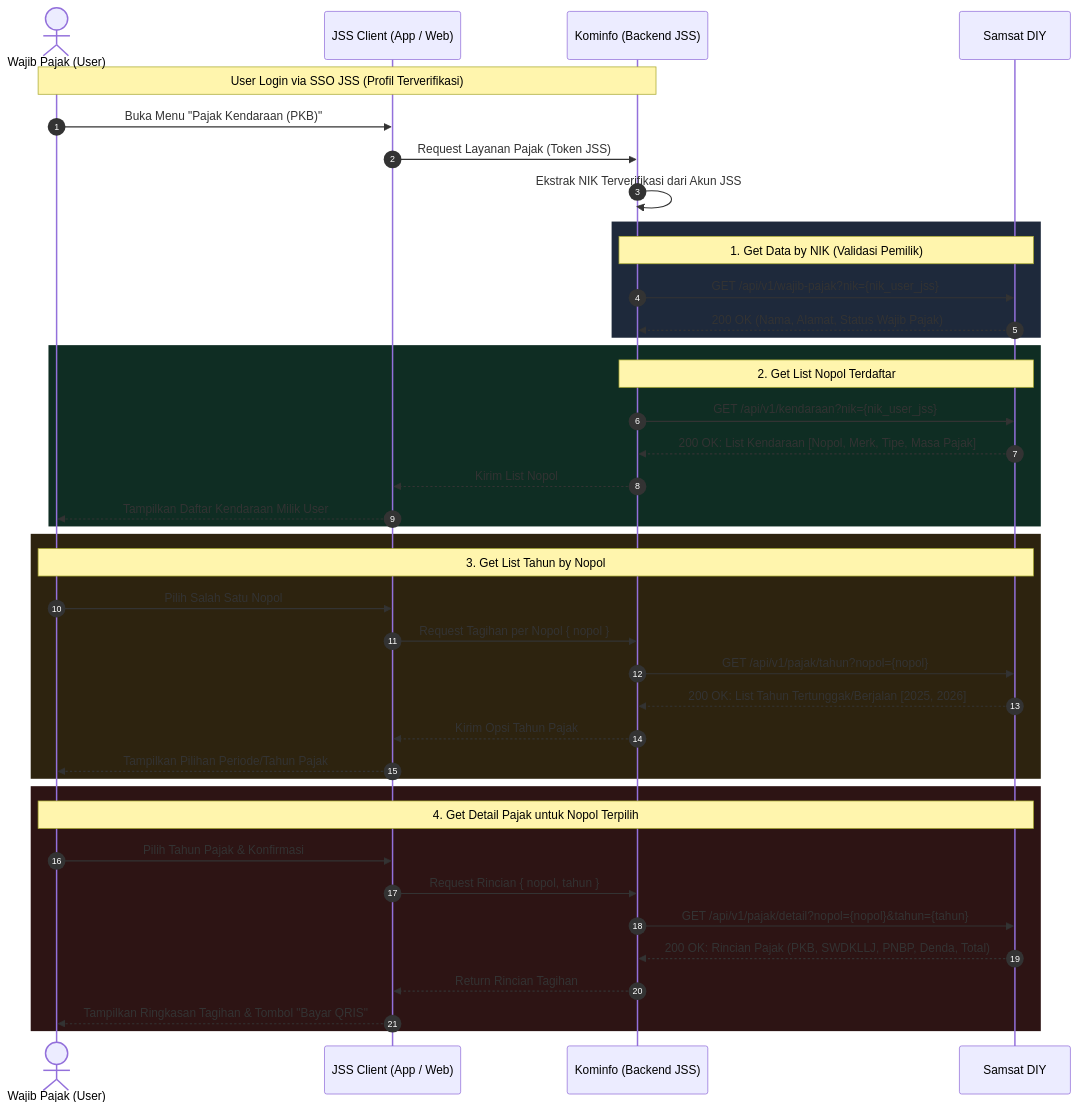
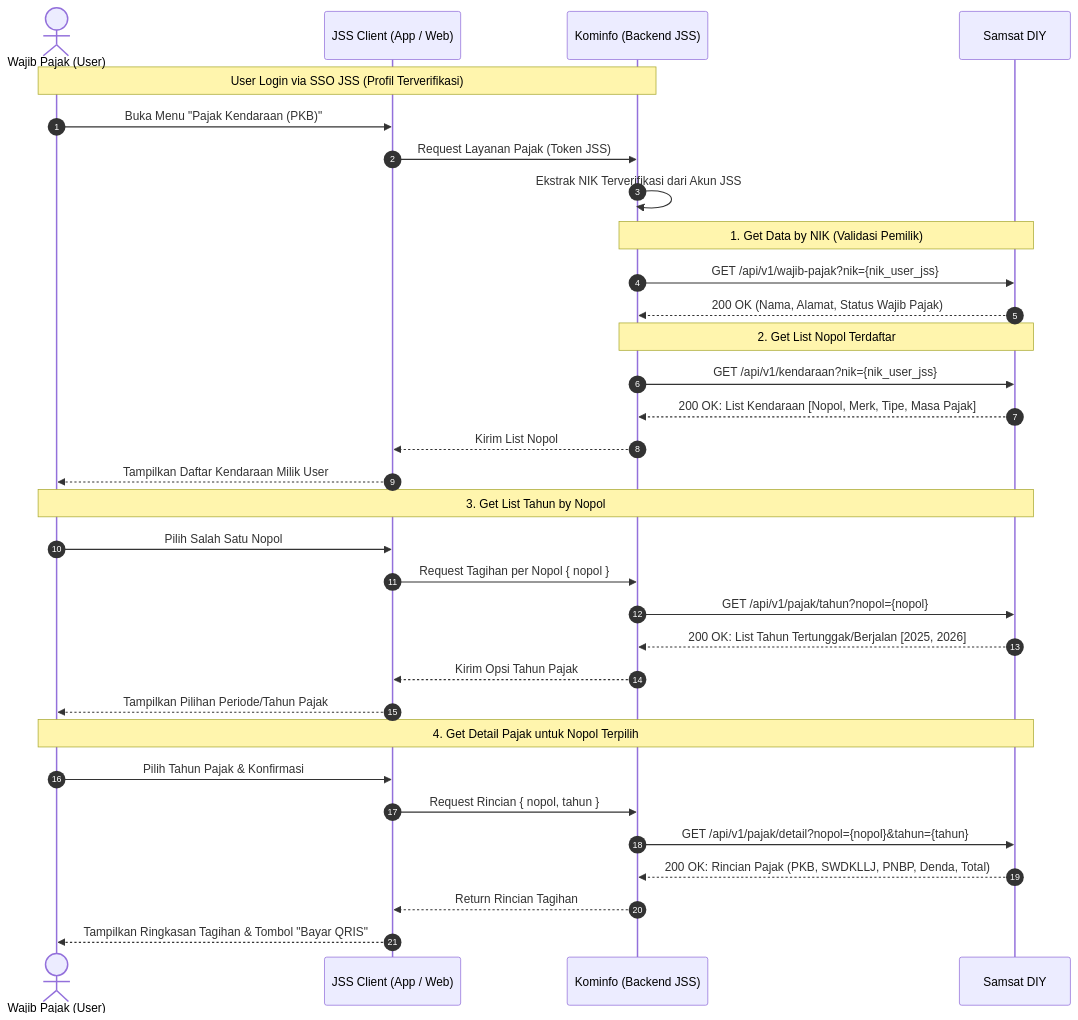
Before and after one commit to bimasulistyaw-hash/pajakkendaraan: the third of 7 diagrams in BLUEPRINT_INTEGRASI_PAJAK_SKEMA_KOMINFO_DIRECT.md, drawn with Mermaid. The commit also changed 1 other file, not shown here.

Commit message:
style: remove rect background colors from sequence diagrams

````diff
--- a/BLUEPRINT_INTEGRASI_PAJAK_SKEMA_KOMINFO_DIRECT.md
+++ b/BLUEPRINT_INTEGRASI_PAJAK_SKEMA_KOMINFO_DIRECT.md
@@ -88,52 +88,44 @@
 ```mermaid
 sequenceDiagram
     autonumber
     actor WP as Wajib Pajak (User)
     participant JSSApp as JSS Client (App / Web)
     participant JSSServer as Kominfo (Backend JSS)
     participant SAM as Samsat DIY
 
     %% Inisialisasi
     note over WP, JSSServer: User Login via SSO JSS (Profil Terverifikasi)
     WP->>JSSApp: Buka Menu "Pajak Kendaraan (PKB)"
     JSSApp->>JSSServer: Request Layanan Pajak (Token JSS)
     JSSServer->>JSSServer: Ekstrak NIK Terverifikasi dari Akun JSS
 
     %% Step 1: Get By NIK
-    rect rgb(30, 41, 59)
-        note over JSSServer, SAM: 1. Get Data by NIK (Validasi Pemilik)
-        JSSServer->>SAM: GET /api/v1/wajib-pajak?nik={nik_user_jss}
-        SAM-->>JSSServer: 200 OK (Nama, Alamat, Status Wajib Pajak)
-    end
+    note over JSSServer, SAM: 1. Get Data by NIK (Validasi Pemilik)
+    JSSServer->>SAM: GET /api/v1/wajib-pajak?nik={nik_user_jss}
+    SAM-->>JSSServer: 200 OK (Nama, Alamat, Status Wajib Pajak)
 
     %% Step 2: Get List Nopol
-    rect rgb(15, 45, 35)
-        note over JSSServer, SAM: 2. Get List Nopol Terdaftar
-        JSSServer->>SAM: GET /api/v1/kendaraan?nik={nik_user_jss}
-        SAM-->>JSSServer: 200 OK: List Kendaraan [Nopol, Merk, Tipe, Masa Pajak]
-        JSSServer-->>JSSApp: Kirim List Nopol
-        JSSApp-->>WP: Tampilkan Daftar Kendaraan Milik User
-    end
+    note over JSSServer, SAM: 2. Get List Nopol Terdaftar
+    JSSServer->>SAM: GET /api/v1/kendaraan?nik={nik_user_jss}
+    SAM-->>JSSServer: 200 OK: List Kendaraan [Nopol, Merk, Tipe, Masa Pajak]
+    JSSServer-->>JSSApp: Kirim List Nopol
+    JSSApp-->>WP: Tampilkan Daftar Kendaraan Milik User
 
     %% Step 3: Get List Tahun by Nopol
-    rect rgb(45, 35, 15)
-        note over WP, SAM: 3. Get List Tahun by Nopol
-        WP->>JSSApp: Pilih Salah Satu Nopol
-        JSSApp->>JSSServer: Request Tagihan per Nopol { nopol }
-        JSSServer->>SAM: GET /api/v1/pajak/tahun?nopol={nopol}
-        SAM-->>JSSServer: 200 OK: List Tahun Tertunggak/Berjalan [2025, 2026]
-        JSSServer-->>JSSApp: Kirim Opsi Tahun Pajak
-        JSSApp-->>WP: Tampilkan Pilihan Periode/Tahun Pajak
-    end
+    note over WP, SAM: 3. Get List Tahun by Nopol
+    WP->>JSSApp: Pilih Salah Satu Nopol
+    JSSApp->>JSSServer: Request Tagihan per Nopol { nopol }
+    JSSServer->>SAM: GET /api/v1/pajak/tahun?nopol={nopol}
+    SAM-->>JSSServer: 200 OK: List Tahun Tertunggak/Berjalan [2025, 2026]
+    JSSServer-->>JSSApp: Kirim Opsi Tahun Pajak
+    JSSApp-->>WP: Tampilkan Pilihan Periode/Tahun Pajak
 
     %% Step 4: Get Detail Pajak
-    rect rgb(45, 20, 20)
-        note over WP, SAM: 4. Get Detail Pajak untuk Nopol Terpilih
-        WP->>JSSApp: Pilih Tahun Pajak & Konfirmasi
-        JSSApp->>JSSServer: Request Rincian { nopol, tahun }
-        JSSServer->>SAM: GET /api/v1/pajak/detail?nopol={nopol}&tahun={tahun}
-        SAM-->>JSSServer: 200 OK: Rincian Pajak (PKB, SWDKLLJ, PNBP, Denda, Total)
-        JSSServer-->>JSSApp: Return Rincian Tagihan
-        JSSApp-->>WP: Tampilkan Ringkasan Tagihan & Tombol "Bayar QRIS"
-    end
+    note over WP, SAM: 4. Get Detail Pajak untuk Nopol Terpilih
+    WP->>JSSApp: Pilih Tahun Pajak & Konfirmasi
+    JSSApp->>JSSServer: Request Rincian { nopol, tahun }
+    JSSServer->>SAM: GET /api/v1/pajak/detail?nopol={nopol}&tahun={tahun}
+    SAM-->>JSSServer: 200 OK: Rincian Pajak (PKB, SWDKLLJ, PNBP, Denda, Total)
+    JSSServer-->>JSSApp: Return Rincian Tagihan
+    JSSApp-->>WP: Tampilkan Ringkasan Tagihan & Tombol "Bayar QRIS"
 ```
````
